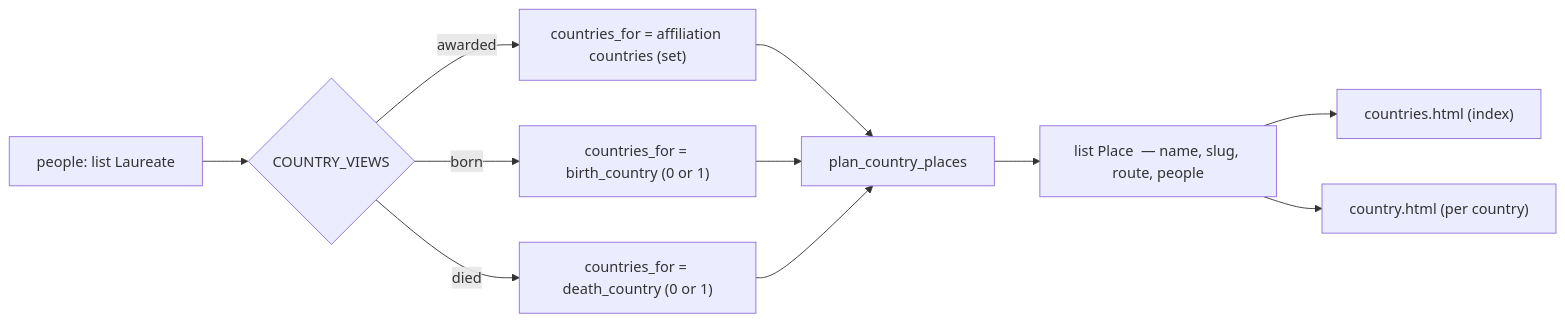
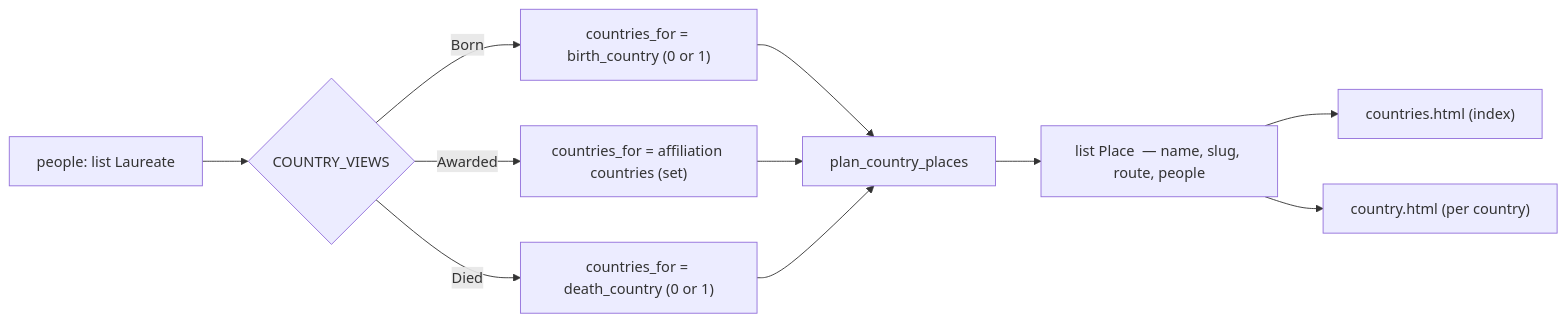
Before and after one commit to antb123/prizeatlas: the diagram in datasets/docs/website-country-view-tabs-20260728.md, drawn with Mermaid. The commit also changed other lines of this file, not shown here.

First line of the commit message:
docs: spec country ranking tabs for born, awarded, died

````diff
--- a/datasets/docs/website-country-view-tabs-20260728.md
+++ b/datasets/docs/website-country-view-tabs-20260728.md
@@ -93,13 +93,13 @@
 ```mermaid
 flowchart LR
   P[people: list Laureate] --> V{COUNTRY_VIEWS}
-  V -->|awarded| A["countries_for = affiliation countries (set)"]
-  V -->|born| B["countries_for = birth_country (0 or 1)"]
-  V -->|died| D["countries_for = death_country (0 or 1)"]
-  A --> R[plan_country_places]
-  B --> R
+  V -->|Born| B["countries_for = birth_country (0 or 1)"]
+  V -->|Awarded| A["countries_for = affiliation countries (set)"]
+  V -->|Died| D["countries_for = death_country (0 or 1)"]
+  B --> R[plan_country_places]
+  A --> R
   D --> R
   R --> PL["list Place  — name, slug, route, people"]
   PL --> IDX["countries.html  (index)"]
   PL --> DET["country.html  (per country)"]
 ```
````
